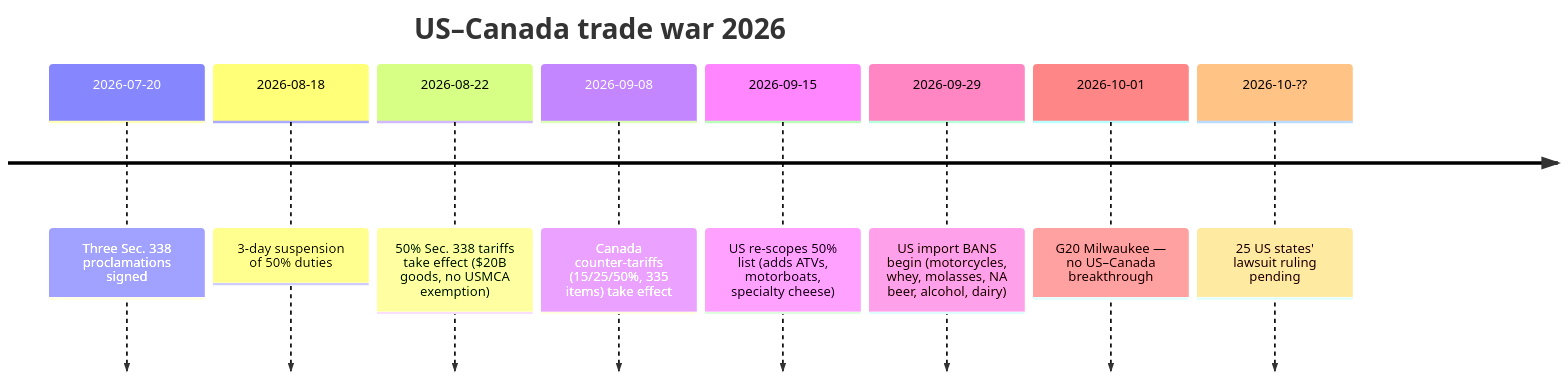
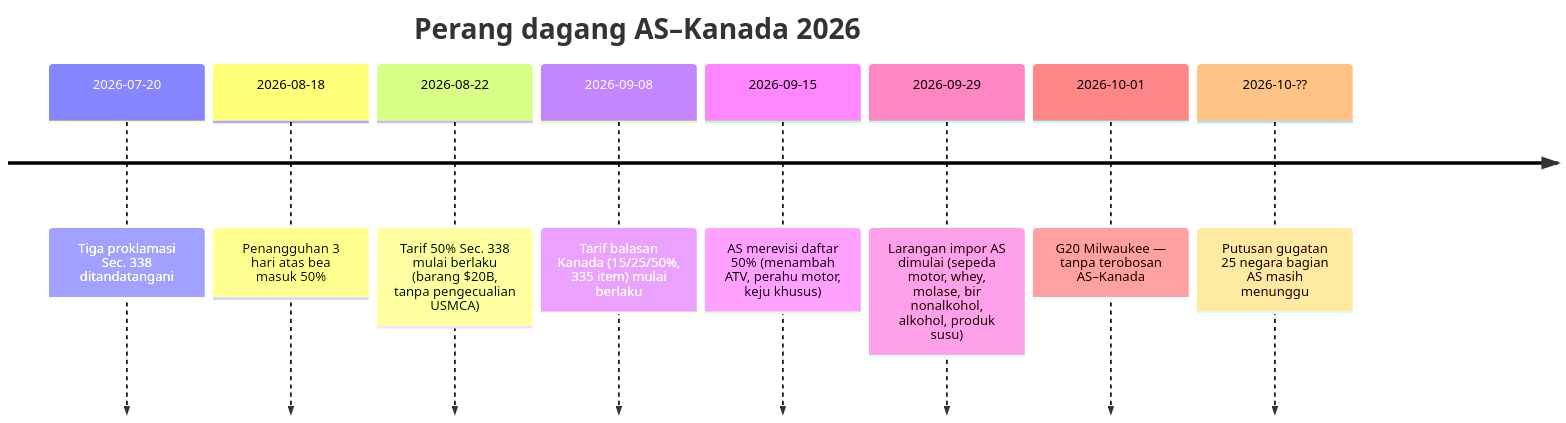
One commit to dureach/research changed the first of 3 diagrams in Global-Trade-Intelligence-weekly-2026-10-05/index.id.md. Above: the diagram before and after it, drawn with Mermaid. The commit also changed other lines of this file and 5 other files, not shown here.

Commit message:
Translate mermaid diagram labels in all 6 languages

````diff
--- a/Global-Trade-Intelligence-weekly-2026-10-05/index.id.md
+++ b/Global-Trade-Intelligence-weekly-2026-10-05/index.id.md
@@ -358,12 +358,12 @@
 ```mermaid
 timeline
-    title US–Canada trade war 2026
-    2026-07-20 : Three Sec. 338 proclamations signed
-    2026-08-18 : 3-day suspension of 50% duties
-    2026-08-22 : 50% Sec. 338 tariffs take effect ($20B goods, no USMCA exemption)
-    2026-09-08 : Canada counter-tariffs (15/25/50%, 335 items) take effect
-    2026-09-15 : US re-scopes 50% list (adds ATVs, motorboats, specialty cheese)
-    2026-09-29 : US import BANS begin (motorcycles, whey, molasses, NA beer, alcohol, dairy)
-    2026-10-01 : G20 Milwaukee — no US–Canada breakthrough
-    2026-10-?? : 25 US states' lawsuit ruling pending
+    title Perang dagang AS–Kanada 2026
+    2026-07-20 : Tiga proklamasi Sec. 338 ditandatangani
+    2026-08-18 : Penangguhan 3 hari atas bea masuk 50%
+    2026-08-22 : Tarif 50% Sec. 338 mulai berlaku (barang $20B, tanpa pengecualian USMCA)
+    2026-09-08 : Tarif balasan Kanada (15/25/50%, 335 item) mulai berlaku
+    2026-09-15 : AS merevisi daftar 50% (menambah ATV, perahu motor, keju khusus)
+    2026-09-29 : Larangan impor AS dimulai (sepeda motor, whey, molase, bir nonalkohol, alkohol, produk susu)
+    2026-10-01 : G20 Milwaukee — tanpa terobosan AS–Kanada
+    2026-10-?? : Putusan gugatan 25 negara bagian AS masih menunggu
 ```
````
